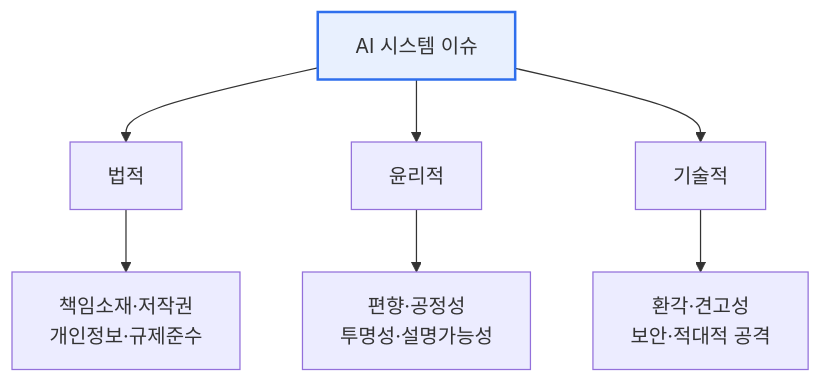
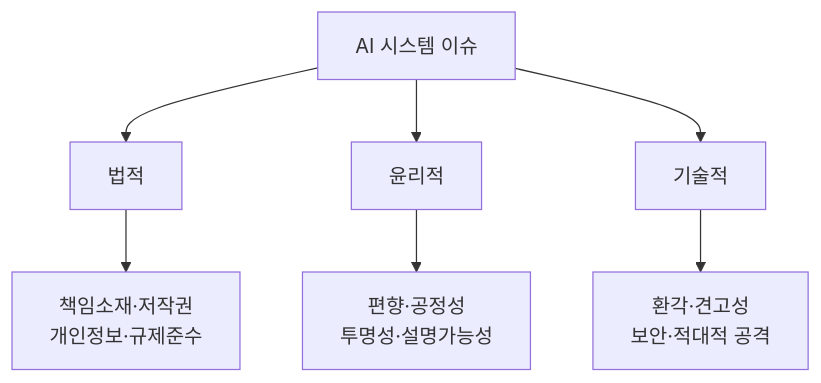
The first of 2 diagrams in content/ai-system-issues.md (coninggu/wjdqhrhksflrltnftk), drawn with Mermaid before and after one commit. The commit also changed other lines of this file and 28 other files, not shown here.

````diff
--- a/content/ai-system-issues.md
+++ b/content/ai-system-issues.md
@@ -13,10 +14,9 @@
 ```mermaid
 flowchart TB
   AI[AI 시스템 이슈] --> L[법적]
   AI --> E[윤리적]
   AI --> T[기술적]
   L --> L1[책임소재·저작권<br/>개인정보·규제준수]
   E --> E1[편향·공정성<br/>투명성·설명가능성]
   T --> T1[환각·견고성<br/>보안·적대적 공격]
-  style AI fill:#e8f0fe,stroke:#2f6fed,stroke-width:2px
 ```
````
